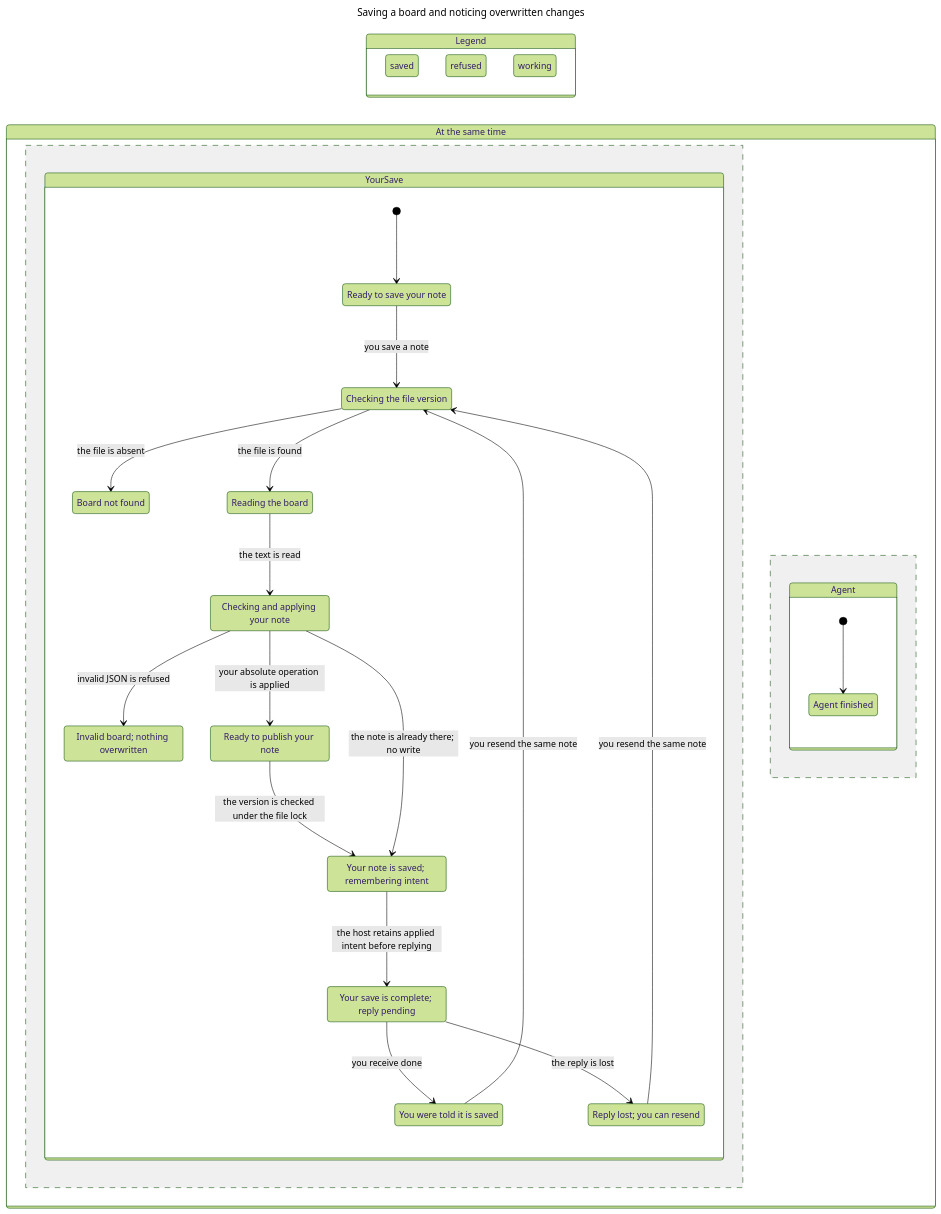
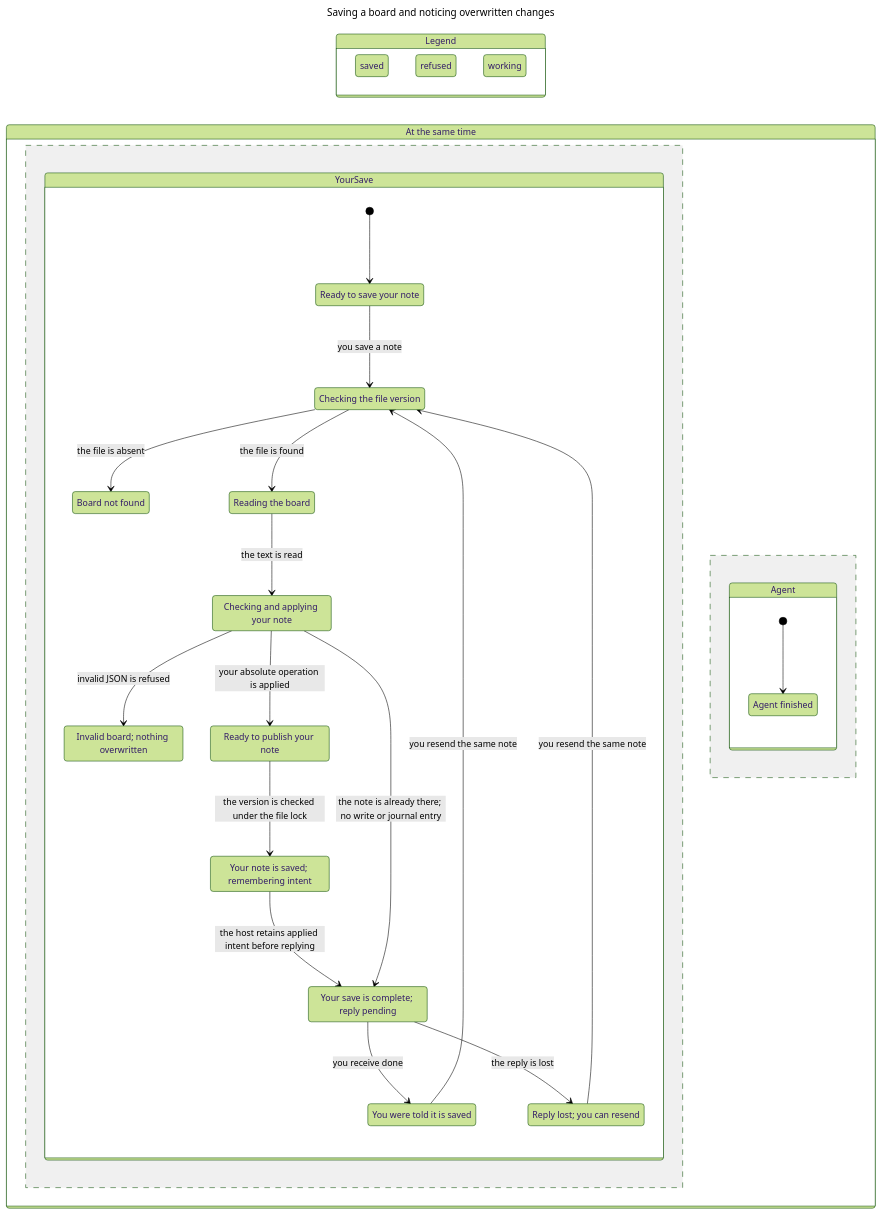
The diagram in formal/board-write/results/chart/chart.mmd (xianxianxianyu/dsh-canvas), drawn with Mermaid (forest theme) before and after one commit. The commit also changed 26 other files, not shown here.

```diff
--- a/formal/board-write/results/chart/chart.mmd
+++ b/formal/board-write/results/chart/chart.mmd
@@ -1,58 +1,58 @@
 ---
 title: "Saving a board and noticing overwritten changes"
 ---
 stateDiagram-v2
   direction LR
   state "Legend" as legend {
     lg0: saved
     lg1: refused
     lg2: working
   }
   class lg0 teal
   class lg1 orange
   class lg2 blue
   state "At the same time" as all {
     state "YourSave" as r0 {
       s0: Ready to save your note
       s1: Checking the file version
       s2: Board not found
       s3: Reading the board
       s4: Checking and applying your note
       s5: Invalid board#59; nothing overwritten
       s6: Ready to publish your note
       s7: Your note is saved#59; remembering intent
       s8: Your save is complete#59; reply pending
       s9: You were told it is saved
       s10: Reply lost#59; you can resend
       [*] --> s0
       s0 --> s1: you save a note
       s1 --> s2: the file is absent
       s1 --> s3: the file is found
       s3 --> s4: the text is read
       s4 --> s5: invalid JSON is refused
       s4 --> s6: your absolute operation is applied
       s6 --> s7: the version is checked under the file lock
       s7 --> s8: the host retains applied intent before replying
       s8 --> s9: you receive done
       s8 --> s10: the reply is lost
       s9 --> s1: you resend the same note
       s10 --> s1: you resend the same note
-      s4 --> s7: the note is already there#59; no write
+      s4 --> s8: the note is already there#59; no write or journal entry
     }
     --
     state "Agent" as r1 {
       s11: Agent finished
       [*] --> s11
     }
   }
   class s0 blue
   class s1 blue
   class s2 orange
   class s3 blue
   class s4 blue
   class s5 orange
   class s6 blue
   class s7 blue
   class s8 blue
   class s9 teal
   class s10 orange
```
